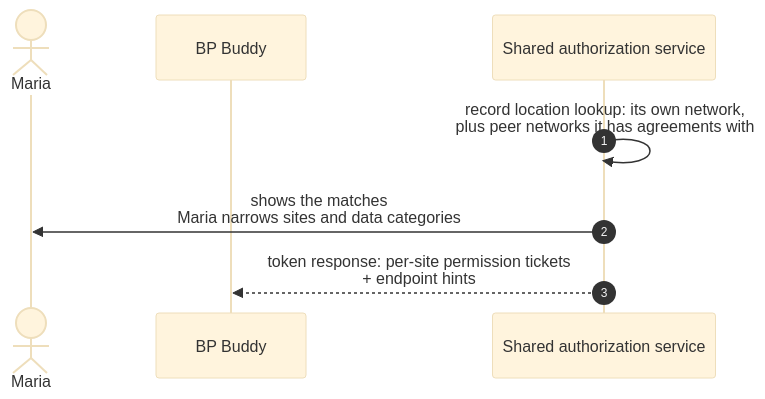
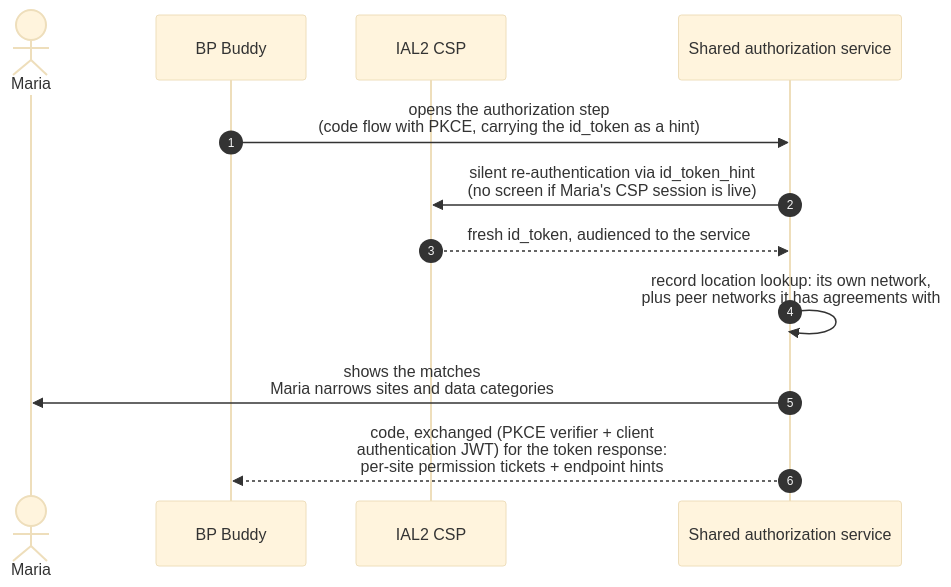
One commit to icanbwell/cms-ns changed the sixth of 10 diagrams in authorizing-access.md. Above: the diagram before and after it, drawn with Mermaid (base theme). The commit also changed other lines of this file, not shown here.

````diff
--- a/authorizing-access.md
+++ b/authorizing-access.md
@@ -178,11 +170,15 @@
 ```mermaid
 sequenceDiagram
     autonumber
     actor Maria
     participant App as BP Buddy
+    participant CSP as IAL2 CSP
     participant SAS as Shared authorization service
 
+    App->>SAS: opens the authorization step<br/>(code flow with PKCE, carrying the id_token as a hint)
+    SAS->>CSP: silent re-authentication via id_token_hint<br/>(no screen if Maria's CSP session is live)
+    CSP-->>SAS: fresh id_token, audienced to the service
     SAS->>SAS: record location lookup: its own network,<br/>plus peer networks it has agreements with
     SAS->>Maria: shows the matches<br/>Maria narrows sites and data categories
-    SAS-->>App: token response: per-site permission tickets<br/>+ endpoint hints
+    SAS-->>App: code, exchanged (PKCE verifier + client<br/>authentication JWT) for the token response:<br/>per-site permission tickets + endpoint hints
 ```
````
